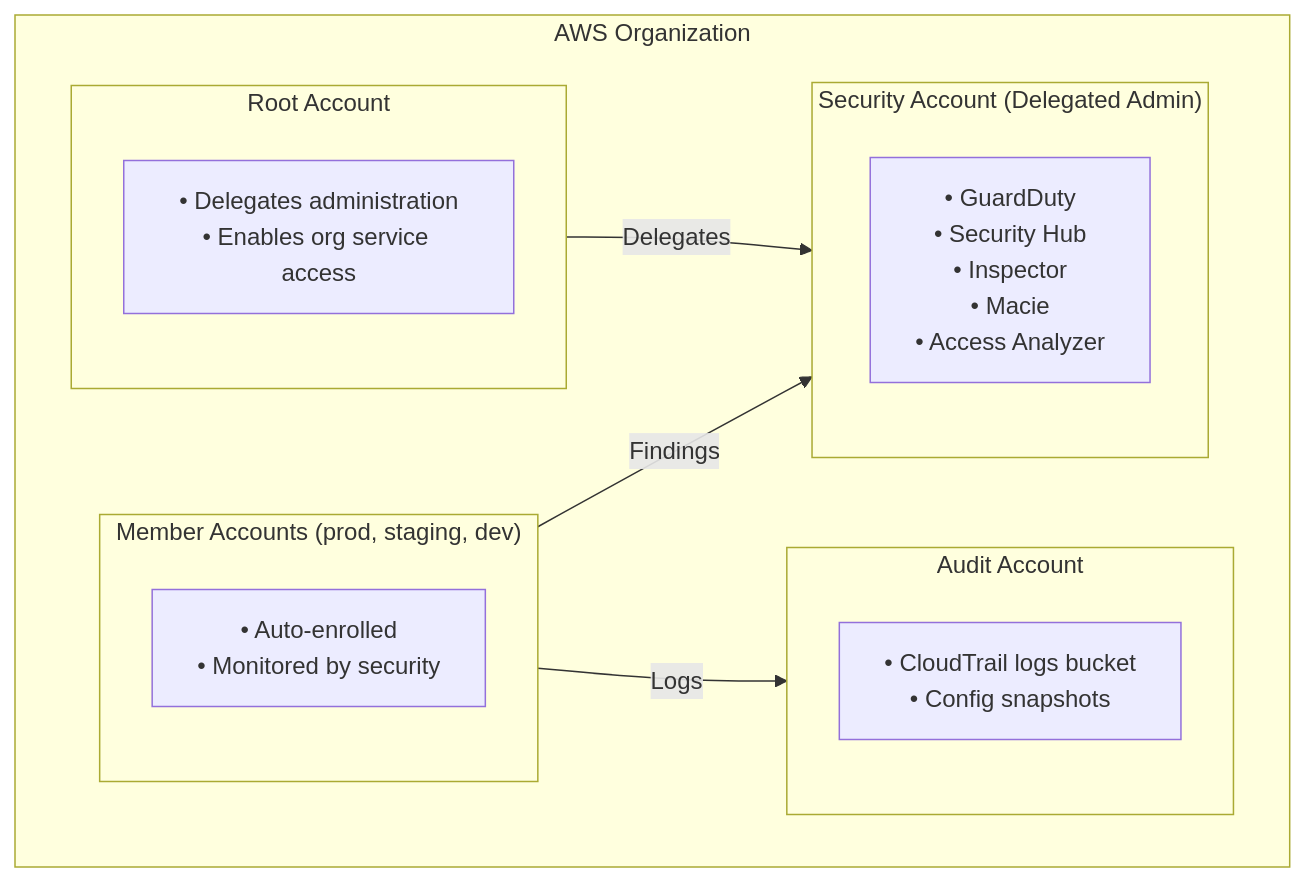
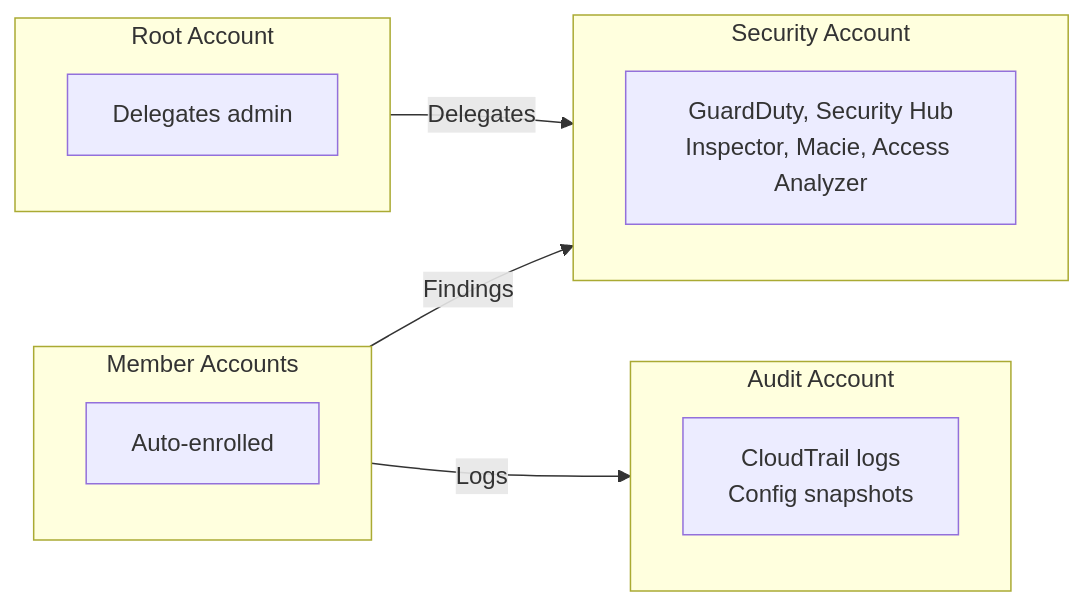
Before and after one commit to cloudposse/docs: the first of 4 diagrams in docs/layers/security-and-compliance/security-and-compliance.mdx, drawn with Mermaid. The commit also changed 10 other files, not shown here.

````diff
--- a/docs/layers/security-and-compliance/security-and-compliance.mdx
+++ b/docs/layers/security-and-compliance/security-and-compliance.mdx
@@ -30,24 +30,22 @@
 ```mermaid
-flowchart TB
-    subgraph org["AWS Organization"]
-        subgraph root["Root Account"]
-            root_tasks["• Delegates administration<br/>• Enables org service access"]
-        end
+flowchart LR
+    subgraph root["Root Account"]
+        root_tasks["Delegates admin"]
+    end
 
-        subgraph security["Security Account (Delegated Admin)"]
-            sec_services["• GuardDuty<br/>• Security Hub<br/>• Inspector<br/>• Macie<br/>• Access Analyzer"]
-        end
+    subgraph security["Security Account"]
+        sec_services["GuardDuty, Security Hub<br/>Inspector, Macie, Access Analyzer"]
+    end
 
-        subgraph audit["Audit Account"]
-            audit_storage["• CloudTrail logs bucket<br/>• Config snapshots"]
-        end
+    subgraph audit["Audit Account"]
+        audit_storage["CloudTrail logs<br/>Config snapshots"]
+    end
 
-        subgraph members["Member Accounts (prod, staging, dev)"]
-            member_info["• Auto-enrolled<br/>• Monitored by security"]
-        end
+    subgraph members["Member Accounts"]
+        member_info["Auto-enrolled"]
     end
 
     root -->|"Delegates"| security
     members -->|"Findings"| security
     members -->|"Logs"| audit
 ```
````
